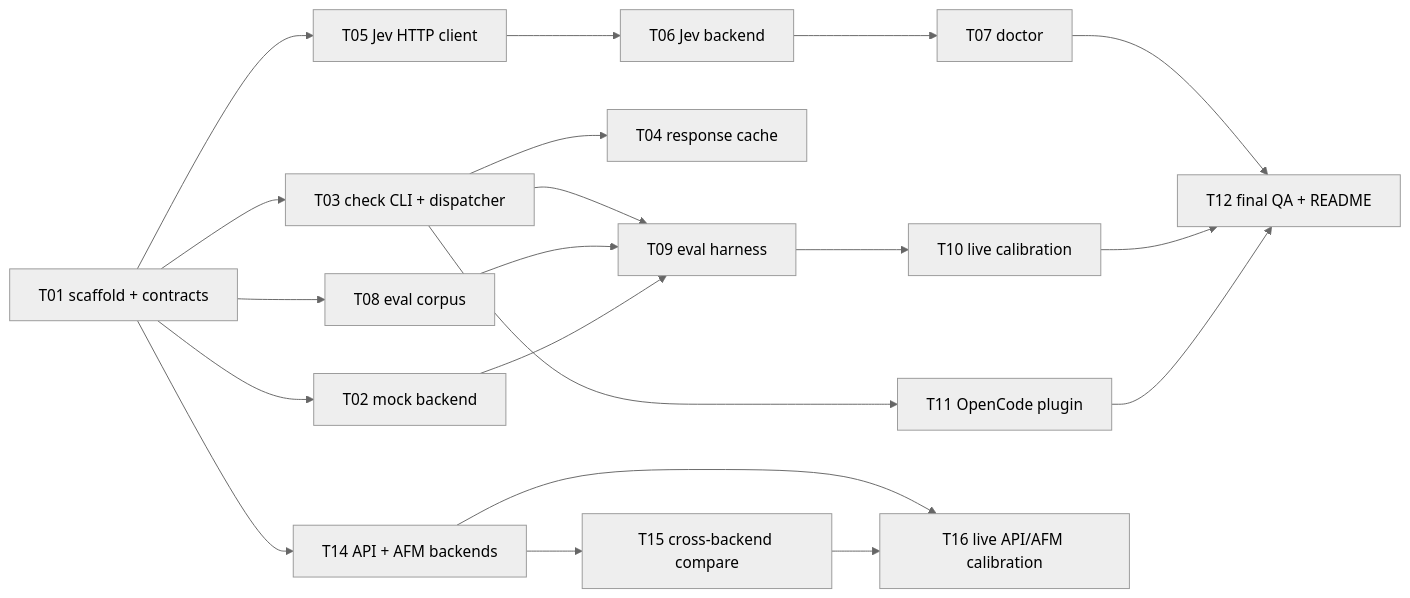
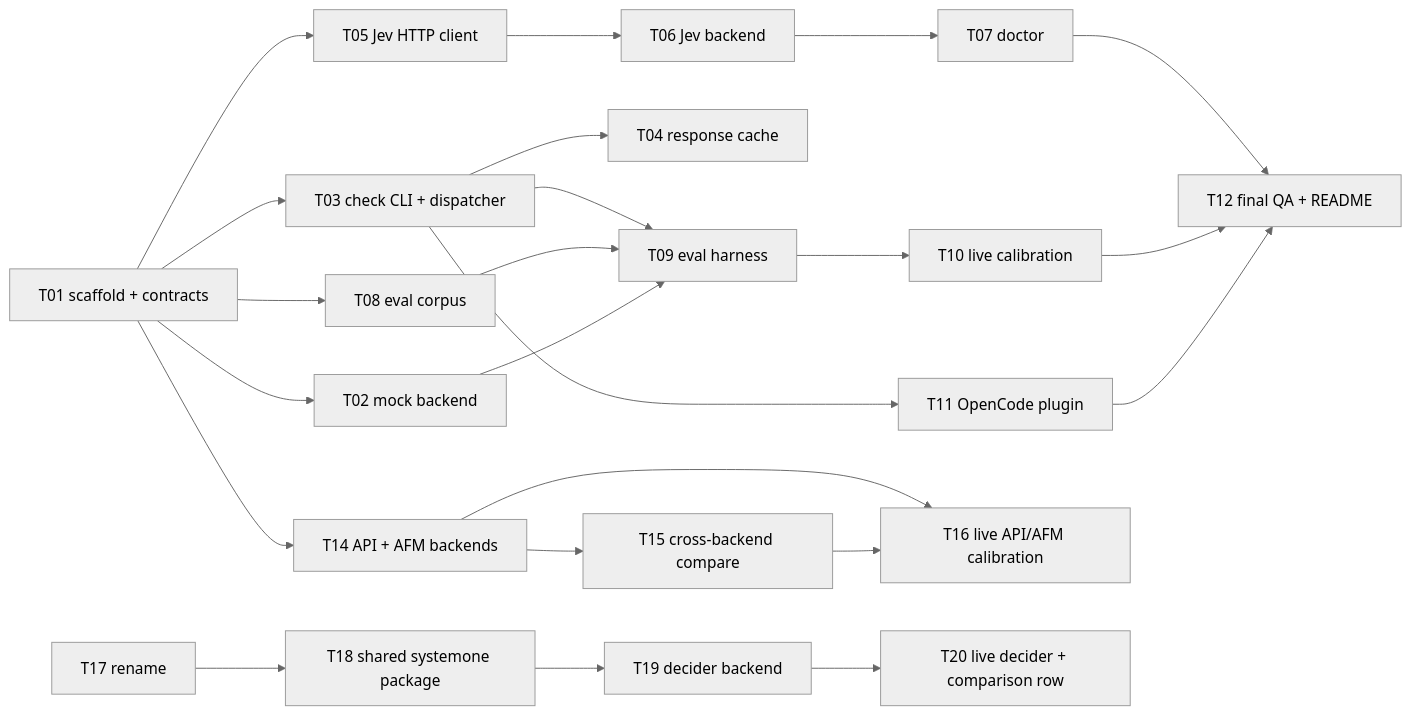
Before and after one commit to radupopescu/tiny-bouncer: the diagram in doc/plan.md, drawn with Mermaid (neutral theme). The commit also changed other lines of this file, not shown here.

Commit message:
docs: plan T18-T20 (decider backend + comparison row)

````diff
--- a/doc/plan.md
+++ b/doc/plan.md
@@ -49,18 +50,20 @@
 ```mermaid
 flowchart LR
     T01[T01 scaffold + contracts] --> T02[T02 mock backend]
     T01 --> T03[T03 check CLI + dispatcher]
     T01 --> T05[T05 Jev HTTP client] --> T06[T06 Jev backend] --> T07[T07 doctor]
     T03 --> T04[T04 response cache]
     T03 --> T09[T09 eval harness] --> T10[T10 live calibration]
     T01 --> T08[T08 eval corpus]
     T08 --> T09
     T02 --> T09
     T03 --> T11[T11 OpenCode plugin]
     T07 --> T12[T12 final QA + README]
     T10 --> T12
     T11 --> T12
     T01 --> T14[T14 API + AFM backends] --> T15[T15 cross-backend compare]
     T14 --> T16[T16 live API/AFM calibration]
     T15 --> T16
+    T17[T17 rename] --> T18[T18 shared systemone package] --> T19[T19 decider backend]
+    T19 --> T20[T20 live decider + comparison row]
 ```
````
